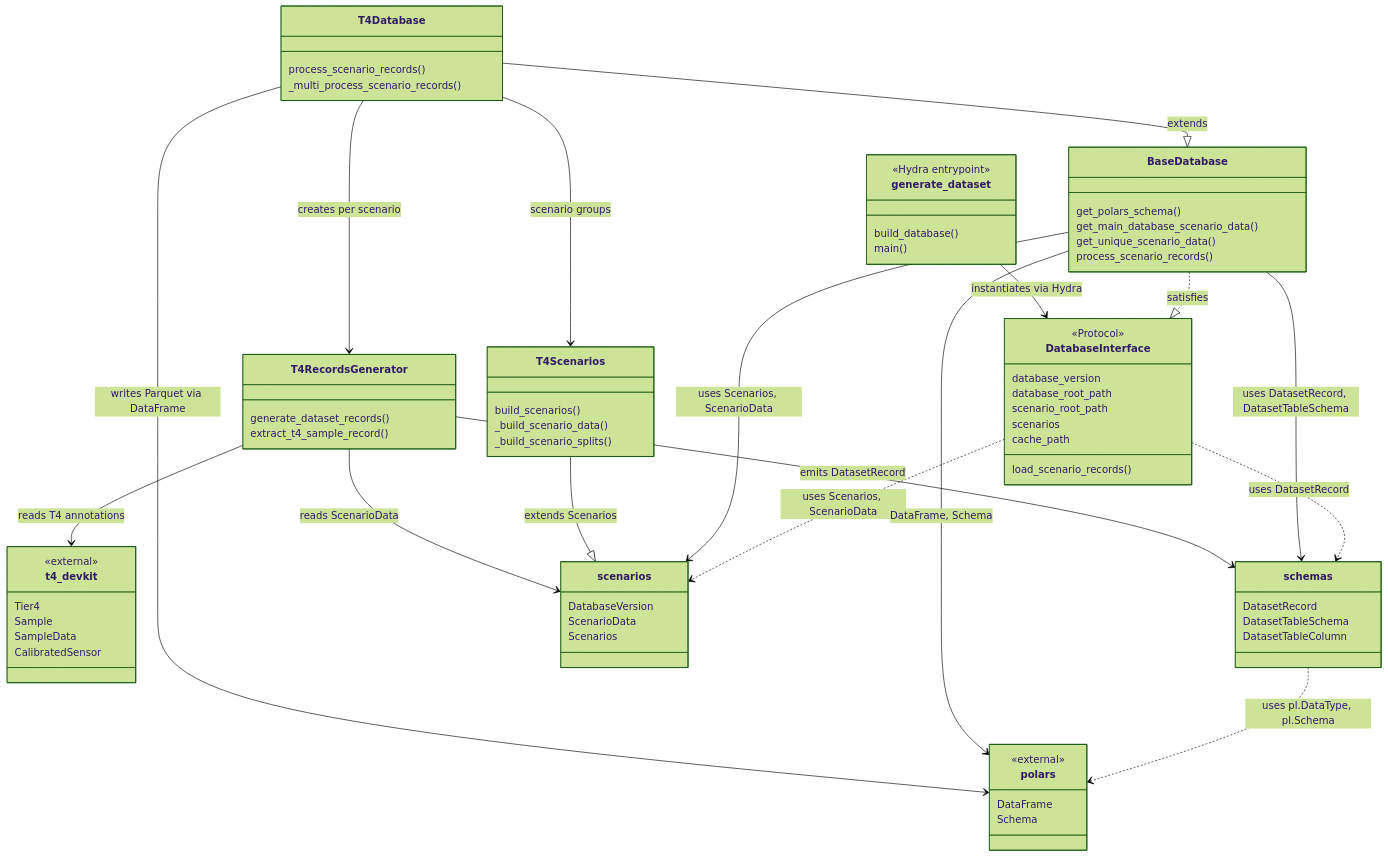
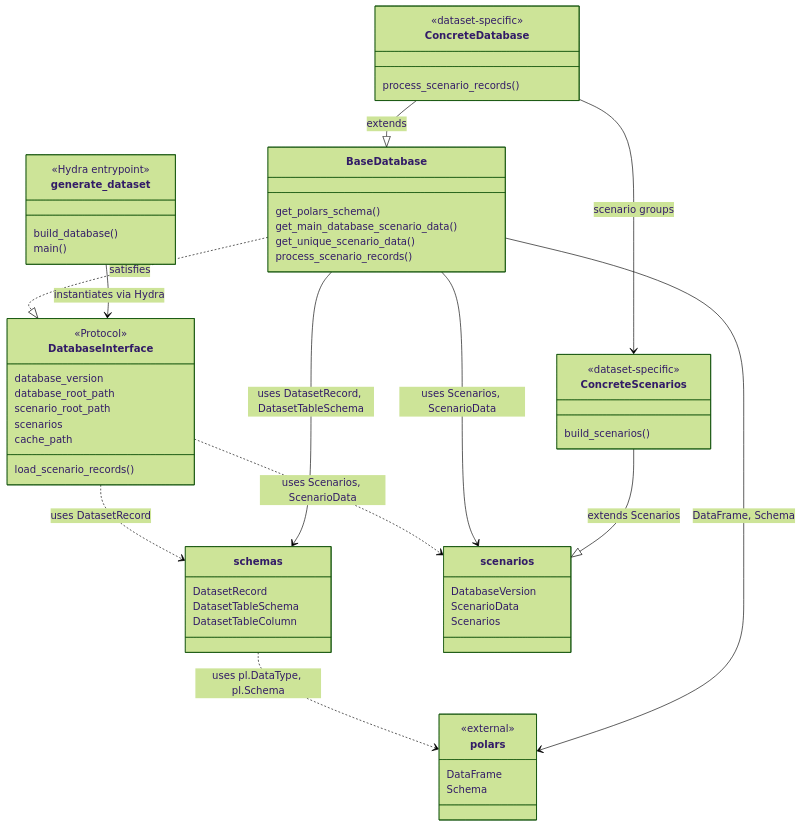
Before and after one commit to tier4/autoware-ml: the diagram in autoware_ml/databases/README.md, drawn with Mermaid (forest theme). The commit also changed other lines of this file and 1 other file, not shown here.

````diff
--- a/autoware_ml/databases/README.md
+++ b/autoware_ml/databases/README.md
@@ -25,14 +24,6 @@
         <<external>>
         DataFrame
         Schema
-    }
-
-    class t4_devkit {
-        <<external>>
-        Tier4
-        Sample
-        SampleData
-        CalibratedSensor
     }
 
     class schemas {
@@ -64,20 +55,14 @@
         process_scenario_records()
     }
 
-    class T4Scenarios {
-        build_scenarios()
-        _build_scenario_data()
-        _build_scenario_splits()
+    class ConcreteDatabase {
+        <<dataset-specific>>
+        process_scenario_records()
     }
 
-    class T4RecordsGenerator {
-        generate_dataset_records()
-        extract_t4_sample_record()
-    }
-
-    class T4Database {
-        process_scenario_records()
-        _multi_process_scenario_records()
+    class ConcreteScenarios {
+        <<dataset-specific>>
+        build_scenarios()
     }
 
     class generate_dataset {
@@ -96,16 +81,9 @@
     BaseDatabase --> schemas : uses DatasetRecord, DatasetTableSchema
     BaseDatabase --> polars : DataFrame, Schema
 
-    T4Scenarios --|> scenarios : extends Scenarios
-
-    T4Database --|> BaseDatabase : extends
-    T4Database --> T4Scenarios : scenario groups
-    T4Database --> T4RecordsGenerator : creates per scenario
-    T4Database --> polars : writes Parquet via DataFrame
-
-    T4RecordsGenerator --> scenarios : reads ScenarioData
-    T4RecordsGenerator --> schemas : emits DatasetRecord
-    T4RecordsGenerator --> t4_devkit : reads T4 annotations
+    ConcreteScenarios --|> scenarios : extends Scenarios
+    ConcreteDatabase --|> BaseDatabase : extends
+    ConcreteDatabase --> ConcreteScenarios : scenario groups
 
     generate_dataset --> DatabaseInterface : instantiates via Hydra
 ```
````
